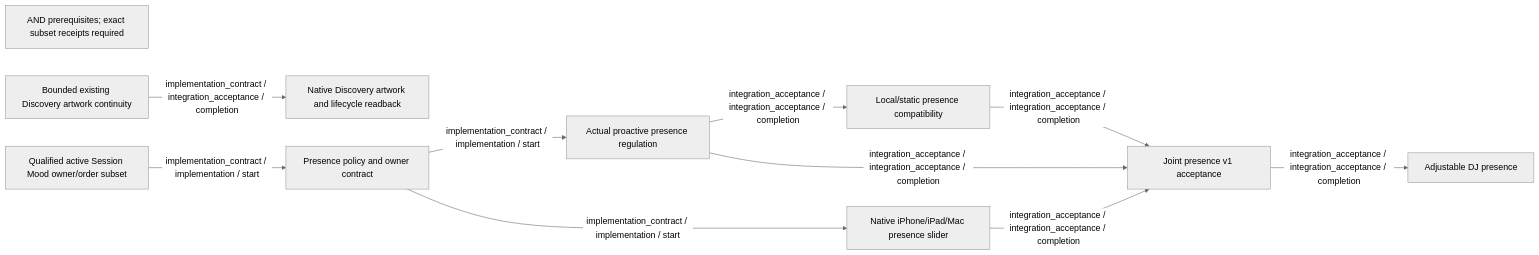
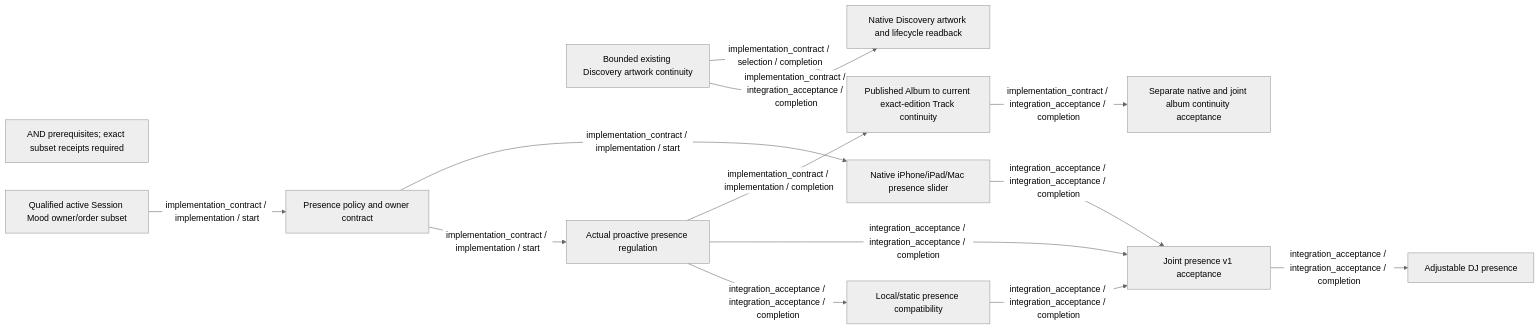
Before and after one commit to pcvantol/djconnect: the diagram in docs/roadmap/v1/diagrams/hard-dependencies.mmd, drawn with Mermaid (neutral theme). The commit also changed 51 other files, not shown here.

Commit message:
Connect published album notes to current tracks on the exact edition (#1154)

```diff
--- a/docs/roadmap/v1/diagrams/hard-dependencies.mmd
+++ b/docs/roadmap/v1/diagrams/hard-dependencies.mmd
@@ -1,20 +1,25 @@
 flowchart LR
   note["AND prerequisites; exact subset receipts required"]
   n215["Native Discovery artwork and lifecycle readback"]
   n214["Bounded existing Discovery artwork continuity"]
   n207["Adjustable DJ presence"]
   n212["Joint presence v1 acceptance"]
   n211["Local/static presence compatibility"]
+  n217["Separate native and joint album continuity acceptance"]
+  n216["Published Album to current exact-edition Track continuity"]
   n210["Native iPhone/iPad/Mac presence slider"]
   n213["Qualified active Session Mood owner/order subset"]
   n208["Presence policy and owner contract"]
   n209["Actual proactive presence regulation"]
   n208 -->|implementation_contract / implementation / start| n209
   n208 -->|implementation_contract / implementation / start| n210
   n209 -->|integration_acceptance / integration_acceptance / completion| n211
   n209 -->|integration_acceptance / integration_acceptance / completion| n212
   n210 -->|integration_acceptance / integration_acceptance / completion| n212
   n211 -->|integration_acceptance / integration_acceptance / completion| n212
   n212 -->|integration_acceptance / integration_acceptance / completion| n207
   n213 -->|implementation_contract / implementation / start| n208
   n214 -->|implementation_contract / integration_acceptance / completion| n215
+  n214 -->|implementation_contract / selection / completion| n216
+  n209 -->|implementation_contract / implementation / completion| n216
+  n216 -->|implementation_contract / integration_acceptance / completion| n217
```
